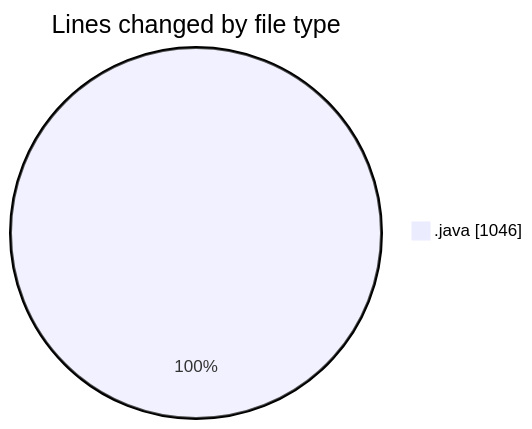
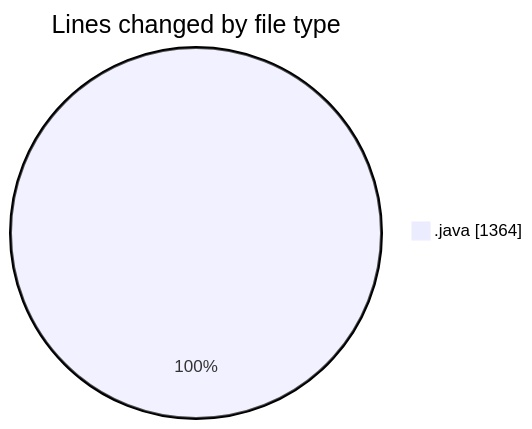
The first of 2 diagrams in 2025-02-23/micros/README.md (charlie-sans/code-tracking), drawn with Mermaid before and after one commit. The commit also changed other lines of this file and 1 other file, not shown here.

````diff
--- a/2025-02-23/micros/README.md
+++ b/2025-02-23/micros/README.md
@@ -22,5 +24,5 @@
 ```mermaid
 pie showData
 title Lines changed by file type
-".java" : 1046
+".java" : 1364
 ```
````
